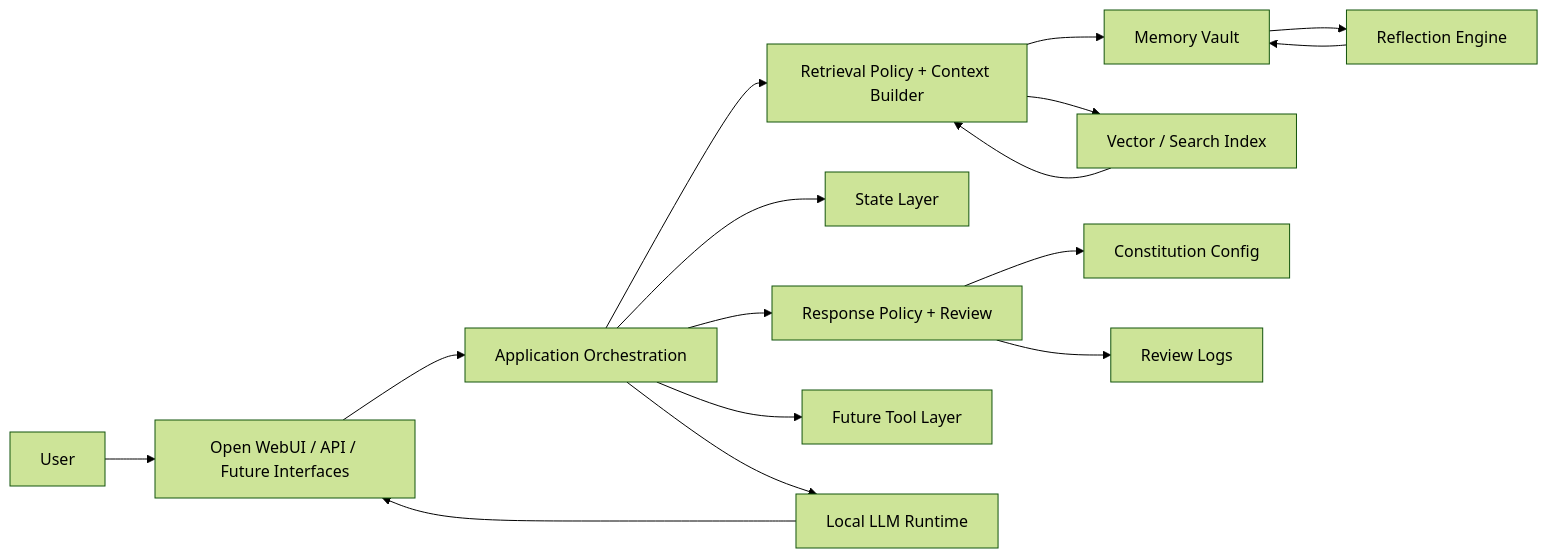
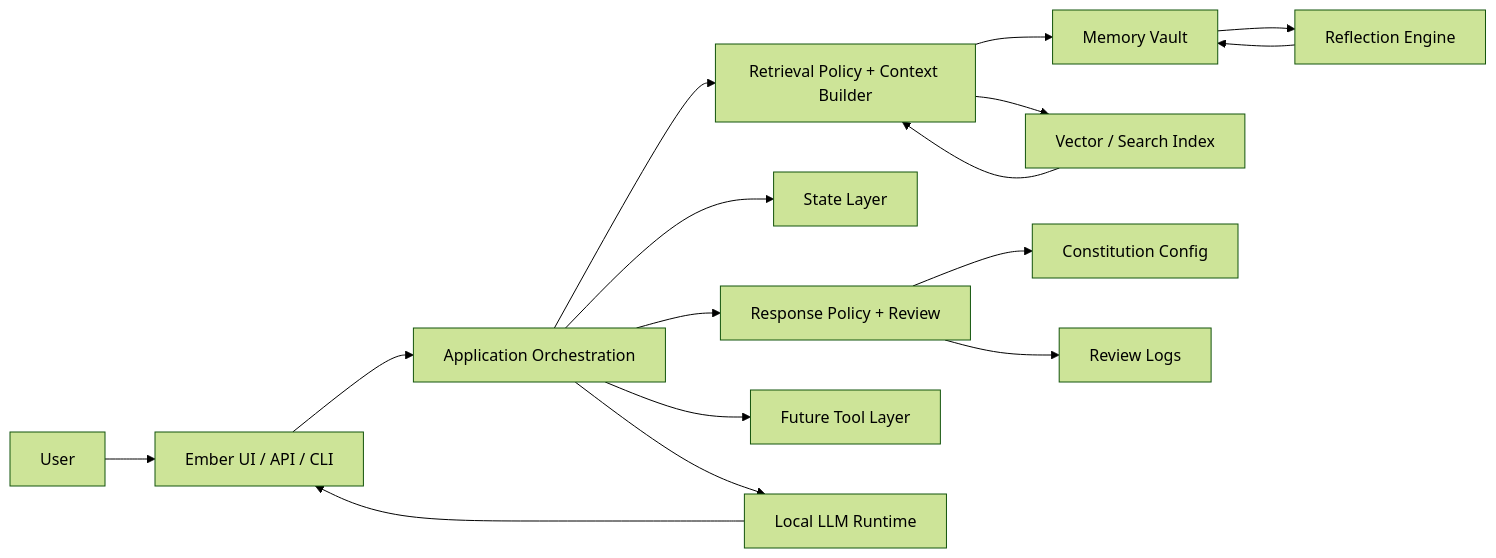
The first of 10 diagrams in docs/Ember2_TDD.md (niansahc/ember-2), drawn with Mermaid (forest theme) before and after one commit. The commit also changed other lines of this file and 3 other files, not shown here.

First line of the commit message:
Update all docs: remove Open WebUI, document Ember UI architecture

````diff
--- a/docs/Ember2_TDD.md
+++ b/docs/Ember2_TDD.md
@@ -181,18 +181,18 @@
 ```mermaid
 flowchart LR
-    U[User] --> UI[Open WebUI / API / Future Interfaces]
+    U[User] --> UI[Ember UI / API / CLI]
     UI --> ORCH[Application Orchestration]
     ORCH --> RET[Retrieval Policy + Context Builder]
     ORCH --> STATE[State Layer]
     ORCH --> SAFE[Response Policy + Review]
     ORCH --> TOOLS[Future Tool Layer]
     RET --> MEM[Memory Vault]
     RET --> IDX[Vector / Search Index]
     ORCH --> LLM[Local LLM Runtime]
     MEM --> REF[Reflection Engine]
     REF --> MEM
     SAFE --> CFG[Constitution Config]
     SAFE --> LOGS[Review Logs]
     IDX --> RET
     LLM --> UI
 ```
````
